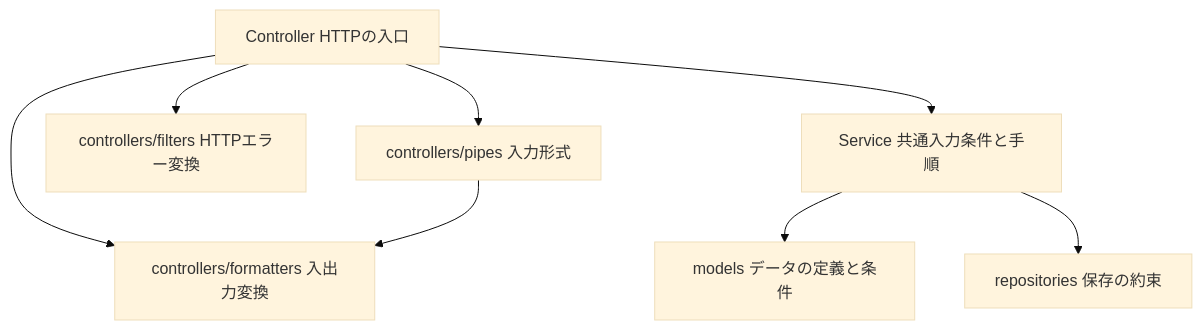
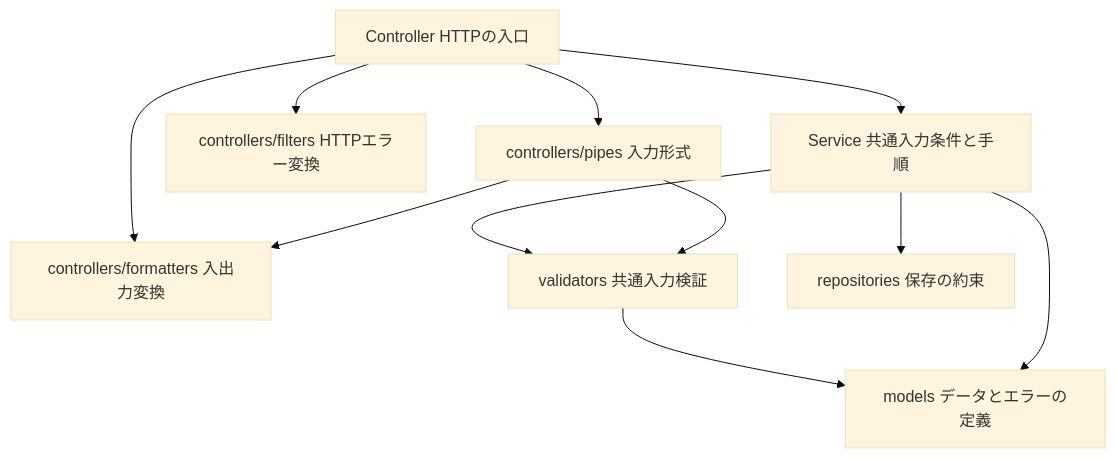
One commit to BeppuKanato/it-discovery changed the diagram in docs/http-structure.md. Above: the diagram before and after it, drawn with Mermaid (base theme). The commit also changed other lines of this file and 8 other files, not shown here.

````diff
--- a/docs/http-structure.md
+++ b/docs/http-structure.md
@@ -58,10 +58,13 @@
 ```mermaid
 flowchart TD
   C[Controller HTTPの入口] --> P[controllers/pipes 入力形式]
   C --> F[controllers/formatters 入出力変換]
   C --> E[controllers/filters HTTPエラー変換]
   C --> S[Service 共通入力条件と手順]
   P --> F
-  S --> M[models データの定義と条件]
+  S --> V[validators 共通入力検証]
+  P --> V
+  V --> M[models データとエラーの定義]
+  S --> M
   S --> R[repositories 保存の約束]
 ```
````
